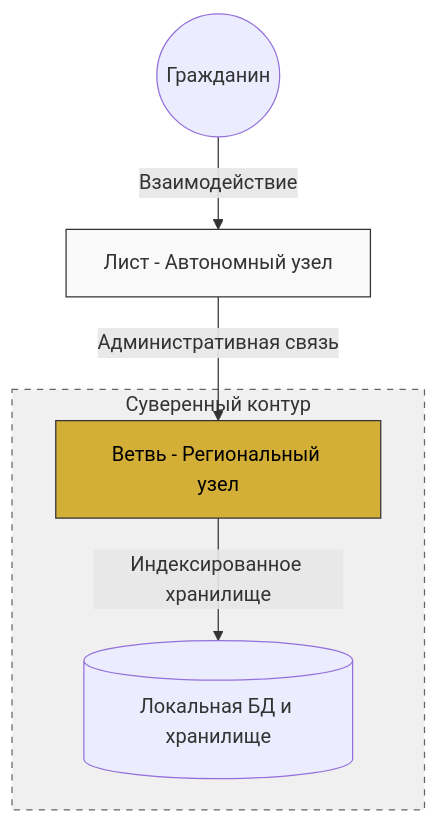
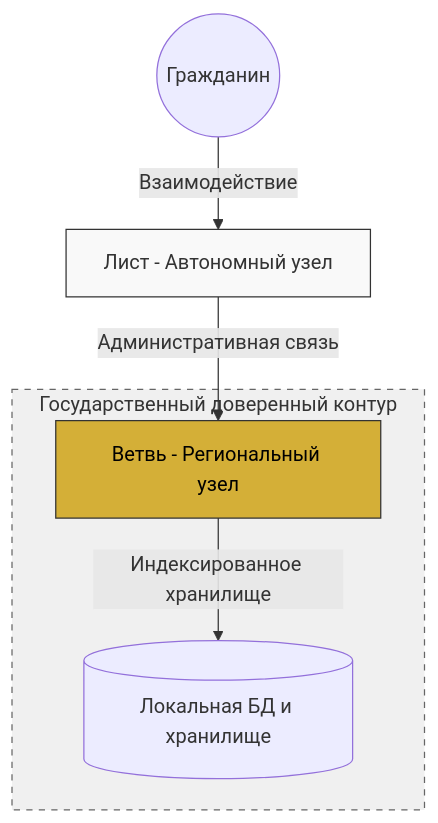
Before and after one commit to Data-Independence-Network/presentations: the third of 51 diagrams in shared_docs/Технический документ платформы Турбаза.md, drawn with Mermaid. The commit also changed other lines of this file and 81 other files, not shown here.

````diff
--- a/shared_docs/Технический документ платформы Турбаза.md
+++ b/shared_docs/Технический документ платформы Турбаза.md
@@ -74,15 +74,15 @@
 ```mermaid
 graph TD
     User((Гражданин)) -- Взаимодействие --> Leaf[Лист - Автономный узел]
     Leaf -- Административная связь --> Branch[Ветвь - Региональный узел]
     Branch -- Индексированное хранилище --> DB[(Локальная БД и хранилище)]
     
-    subgraph Sovereign_Domain [Суверенный контур]
+    subgraph Sovereign_Domain [Государственный доверенный контур]
         Branch
         DB
     end
 
     style Leaf fill:#f9f9f9,stroke:#333
     style Branch fill:#D4AF37,stroke:#333,color:#000
     style Sovereign_Domain fill:#f0f0f0,stroke:#666,stroke-dasharray: 5 5
 ```
````
